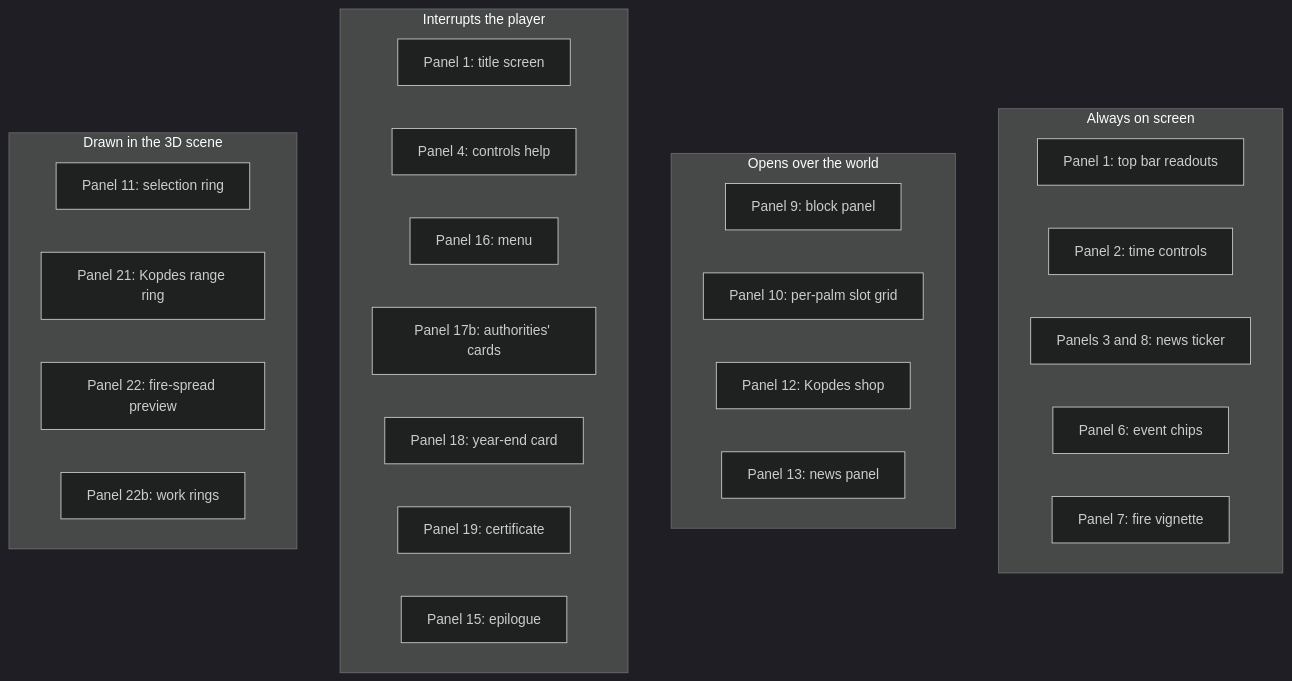
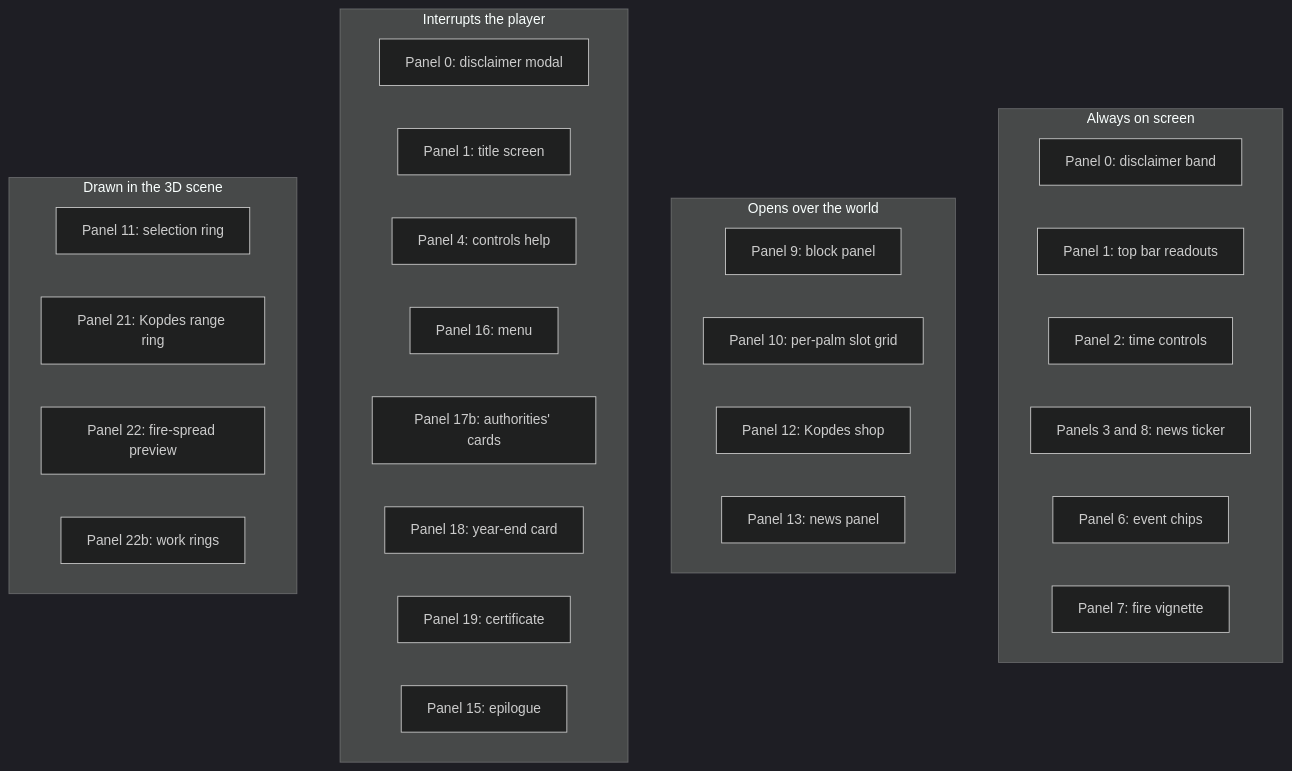
Before and after one commit to luissebastian953/accursed-forest: the diagram in docs/gdd/08-interface.md, drawn with Mermaid (dark theme). The commit also changed other lines of this file and 14 other files, not shown here.

First line of the commit message:
feat(ui): a disclaimer gate and a reforestation band

````diff
--- a/docs/gdd/08-interface.md
+++ b/docs/gdd/08-interface.md
@@ -42,34 +42,36 @@
 ```mermaid
 graph TD
   subgraph chrome["Always on screen"]
+    p0b["Panel 0: disclaimer band"]
     p1a["Panel 1: top bar readouts"]
     p2["Panel 2: time controls"]
     p3["Panels 3 and 8: news ticker"]
     p6["Panel 6: event chips"]
     p7["Panel 7: fire vignette"]
   end
 
   subgraph over["Opens over the world"]
     p9["Panel 9: block panel"]
     p10["Panel 10: per-palm slot grid"]
     p12["Panel 12: Kopdes shop"]
     p13["Panel 13: news panel"]
   end
 
   subgraph interrupt["Interrupts the player"]
+    p0a["Panel 0: disclaimer modal"]
     p1b["Panel 1: title screen"]
     p4["Panel 4: controls help"]
     p16["Panel 16: menu"]
     p17b["Panel 17b: authorities' cards"]
     p18["Panel 18: year-end card"]
     p19["Panel 19: certificate"]
     p15["Panel 15: epilogue"]
   end
 
   subgraph scene["Drawn in the 3D scene"]
     p11["Panel 11: selection ring"]
     p21["Panel 21: Kopdes range ring"]
     p22["Panel 22: fire-spread preview"]
     p22b["Panel 22b: work rings"]
   end
 ```
````
